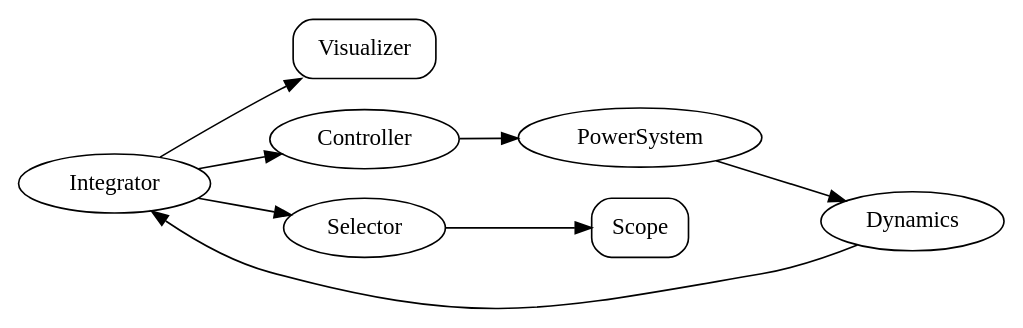
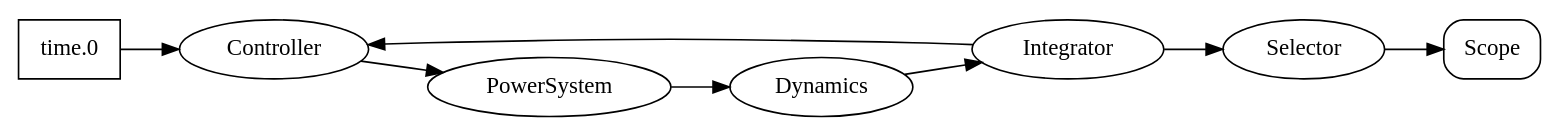
Before and after one commit to dhruvhaldar/DroneFlask: the diagram in quadcopter_diagram.dot, drawn with Graphviz. The commit also changed 6 other files, not shown here.

Commit message:
feat: Implement quadcopter motor mixer in controller, update WebSink step signature, and add a debug run script.

```diff
--- a/quadcopter_diagram.dot
+++ b/quadcopter_diagram.dot
@@ -1,14 +1,14 @@
 digraph G {
     rankdir = "LR"
 
+	"time.0" [shape=record, rank="source"]
 	"Scope" [shape=Mrecord, rank="sink"]
-	"Visualizer" [shape=Mrecord, rank="sink"]
 
-	"Integrator" -> "Visualizer" []
 	"Integrator" -> "Controller" []
+	"time.0" -> "Controller" []
 	"Controller" -> "PowerSystem" []
 	"PowerSystem" -> "Dynamics" []
 	"Dynamics" -> "Integrator" []
 	"Integrator" -> "Selector" []
 	"Selector" -> "Scope" []
 }
```
